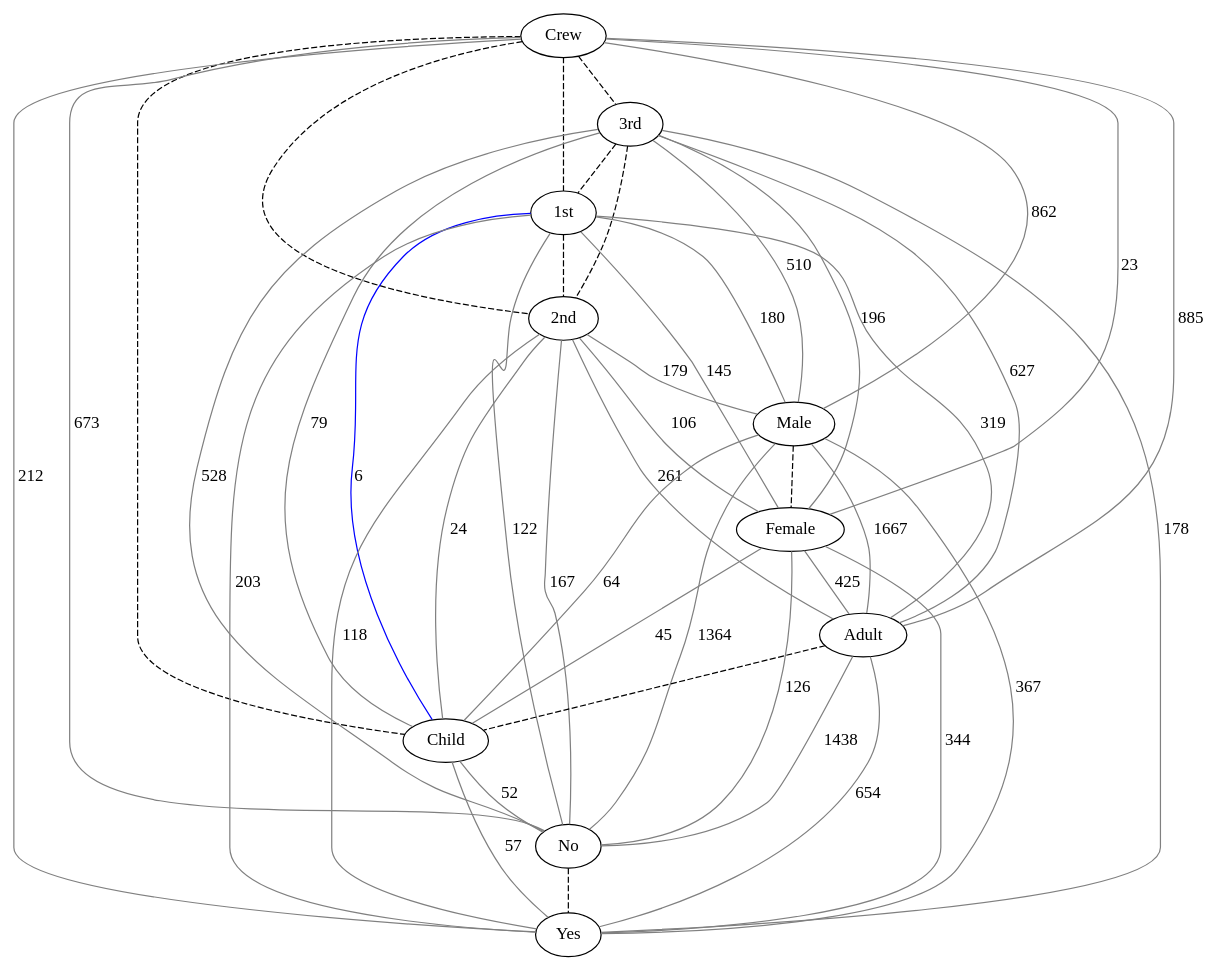
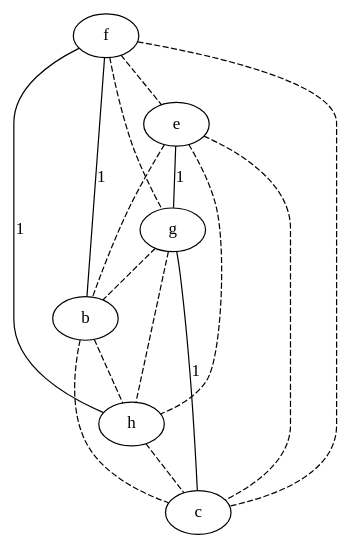
Before and after one commit to lrodrin/TFG: the diagram in src/final/linearGraph.dot, drawn with Graphviz. The commit also changed 7 other files, not shown here.

```diff
--- a/src/final/linearGraph.dot
+++ b/src/final/linearGraph.dot
@@ -1,57 +1,23 @@
 strict graph "" {
-Crew;
-"3rd";
-"1st";
-"2nd";
-Male;
-Female;
-Adult;
-Child;
-No;
-Yes;
-Crew -- "3rd"  [color=black, style=dashed];
-Crew -- "1st"  [color=black, style=dashed];
-Crew -- "2nd"  [color=black, style=dashed];
-Crew -- Male  [color=grey, label=862, style=solid];
-Crew -- Female  [color=grey, label=23, style=solid];
-Crew -- Adult  [color=grey, label=885, style=solid];
-Crew -- Child  [color=black, style=dashed];
-Crew -- No  [color=grey, label=673, style=solid];
-Crew -- Yes  [color=grey, label=212, style=solid];
-"3rd" -- "1st"  [color=black, style=dashed];
-"3rd" -- "2nd"  [color=black, style=dashed];
-"3rd" -- Male  [color=grey, label=510, style=solid];
-"3rd" -- Female  [color=grey, label=196, style=solid];
-"3rd" -- Adult  [color=grey, label=627, style=solid];
-"3rd" -- Child  [color=grey, label=79, style=solid];
-"3rd" -- No  [color=grey, label=528, style=solid];
-"3rd" -- Yes  [color=grey, label=178, style=solid];
-"1st" -- "2nd"  [color=black, style=dashed];
-"1st" -- Male  [color=grey, label=180, style=solid];
-"1st" -- Female  [color=grey, label=145, style=solid];
-"1st" -- Adult  [color=grey, label=319, style=solid];
-"1st" -- Child  [color=blue, label=6, style=solid];
-"1st" -- No  [color=grey, label=122, style=solid];
-"1st" -- Yes  [color=grey, label=203, style=solid];
-"2nd" -- Male  [color=grey, label=179, style=solid];
-"2nd" -- Female  [color=grey, label=106, style=solid];
-"2nd" -- Adult  [color=grey, label=261, style=solid];
-"2nd" -- Child  [color=grey, label=24, style=solid];
-"2nd" -- No  [color=grey, label=167, style=solid];
-"2nd" -- Yes  [color=grey, label=118, style=solid];
-Male -- Female  [color=black, style=dashed];
-Male -- Adult  [color=grey, label=1667, style=solid];
-Male -- Child  [color=grey, label=64, style=solid];
-Male -- No  [color=grey, label=1364, style=solid];
-Male -- Yes  [color=grey, label=367, style=solid];
-Female -- Adult  [color=grey, label=425, style=solid];
-Female -- Child  [color=grey, label=45, style=solid];
-Female -- No  [color=grey, label=126, style=solid];
-Female -- Yes  [color=grey, label=344, style=solid];
-Adult -- Child  [color=black, style=dashed];
-Adult -- No  [color=grey, label=1438, style=solid];
-Adult -- Yes  [color=grey, label=654, style=solid];
-Child -- No  [color=grey, label=52, style=solid];
-Child -- Yes  [color=grey, label=57, style=solid];
-No -- Yes  [color=black, style=dashed];
+f;
+e;
+g;
+b;
+h;
+c;
+f -- e  [color=black, style=dashed];
+f -- g  [color=black, style=dashed];
+f -- b  [color=black, label=1, style=solid];
+f -- h  [color=black, label=1, style=solid];
+f -- c  [color=black, style=dashed];
+e -- g  [color=black, label=1, style=solid];
+e -- b  [color=black, style=dashed];
+e -- h  [color=black, style=dashed];
+e -- c  [color=black, style=dashed];
+g -- b  [color=black, style=dashed];
+g -- h  [color=black, style=dashed];
+g -- c  [color=black, label=1, style=solid];
+b -- h  [color=black, style=dashed];
+b -- c  [color=black, style=dashed];
+h -- c  [color=black, style=dashed];
 }
```
